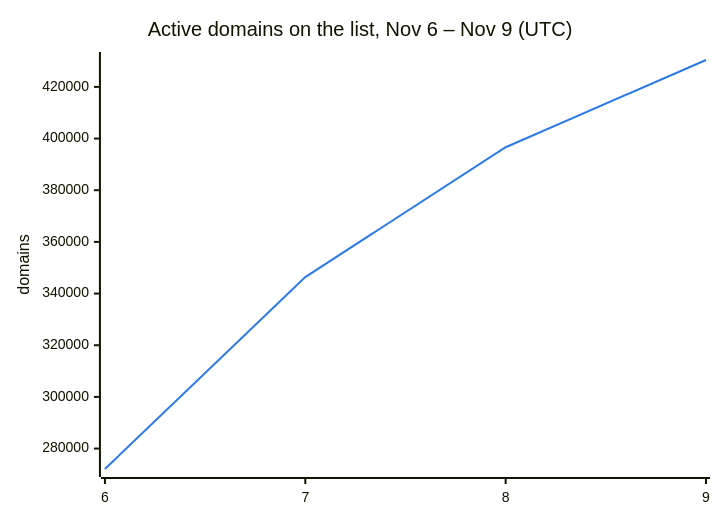
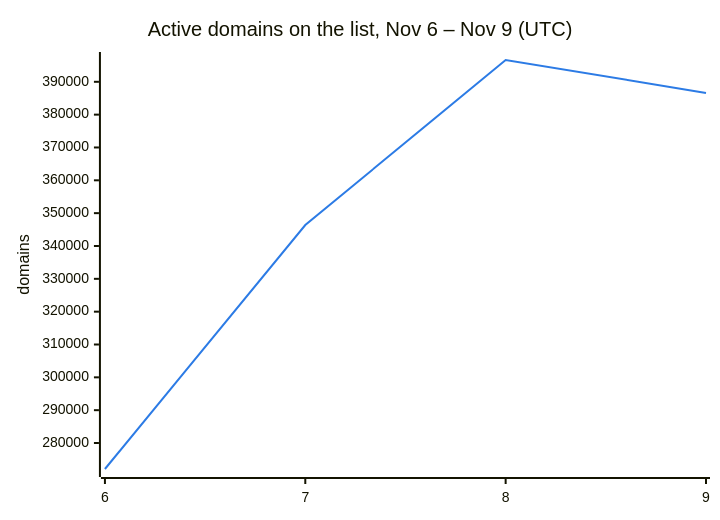
Before and after one commit to DNSBunker/CTI: the second of 3 diagrams in README.md, drawn with Mermaid. The commit also changed other lines of this file and 3 other files, not shown here.

````diff
--- a/README.md
+++ b/README.md
@@ -38,8 +38,8 @@
 ```mermaid
 %%{init: {"themeVariables": {"xyChart": {"plotColorPalette": "#2c7be5"}}}}%%
 xychart-beta
     title "Active domains on the list, Nov 6 – Nov 9 (UTC)"
     x-axis ["6", "7", "8", "9"]
     y-axis "domains"
-    line [272088, 346388, 396638, 430408]
+    line [272088, 346388, 396638, 386622]
 ```
````
